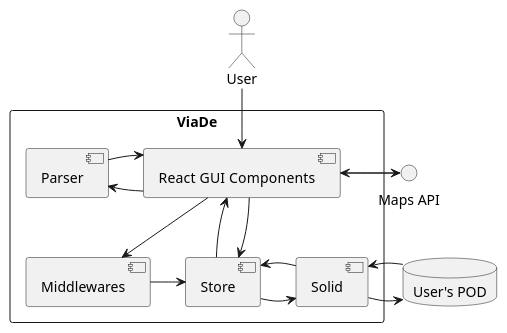
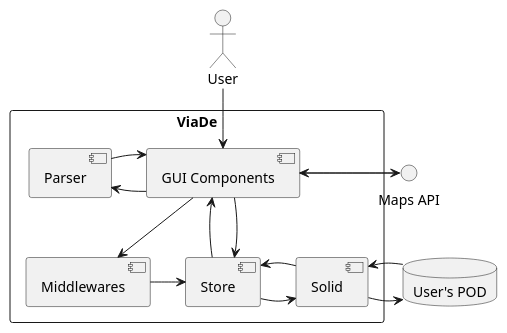
Before and after one commit to Arquisoft/viade_en1b: the diagram in src/docs/diagrams/05-01_whiteboxOverallSystem.puml, drawn with PlantUML. The commit also changed 4 other files, not shown here.

```diff
--- a/src/docs/diagrams/05-01_whiteboxOverallSystem.puml
+++ b/src/docs/diagrams/05-01_whiteboxOverallSystem.puml
@@ -1,42 +1,42 @@
 @startuml
 
 rectangle ViaDe {
-    [React  GUI Components] as react
+    [GUI Components] as react
     [Parser] as parser 
     [Middlewares] as middlewares
     [Store] as store 
     [Solid] as solid
 }
 
 database "User's POD" as pod
 
 () "Maps API" as imaps
 
 :User: --> react
 
 react <-- store
 react --> store
 
 react --> middlewares
 
 parser <- react
 parser -> react
 
 middlewares -> store
 
 store -> solid
 store <- solid
 
 solid -> pod
 solid <- pod
 
 react -> imaps
 imaps -> react
 
 
 
 
 
 
 
 @enduml
```
